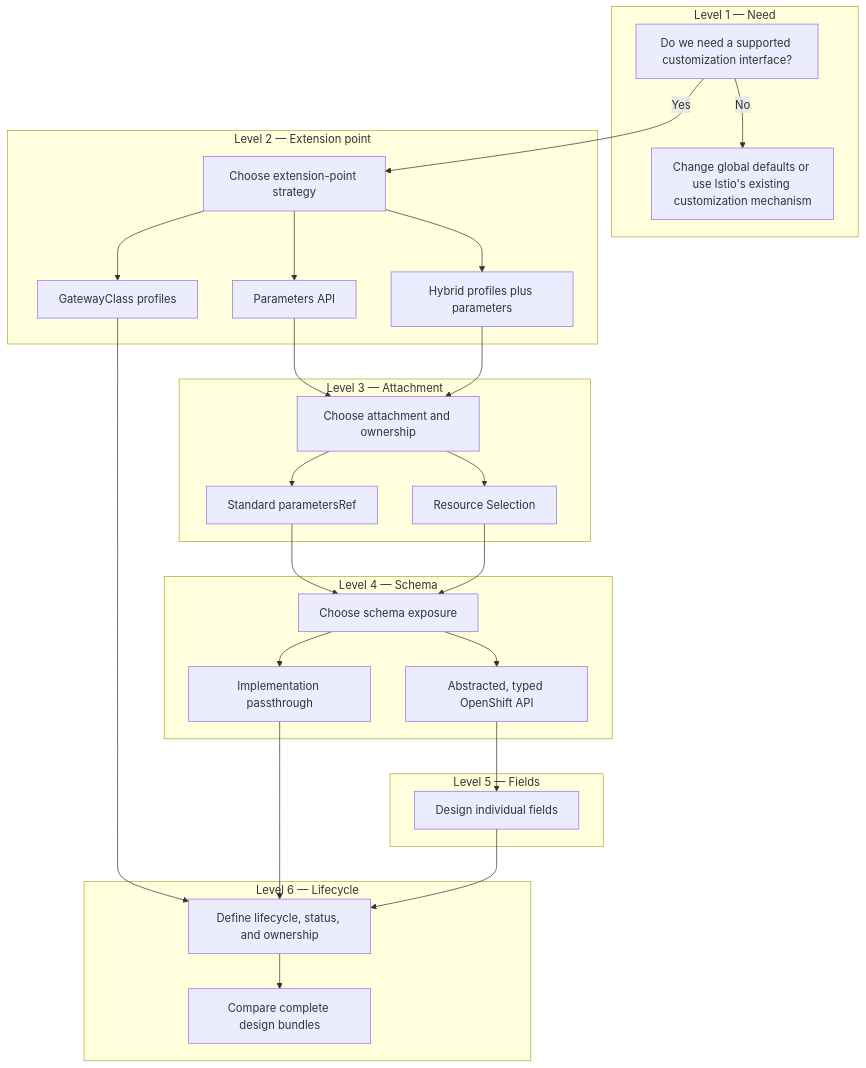
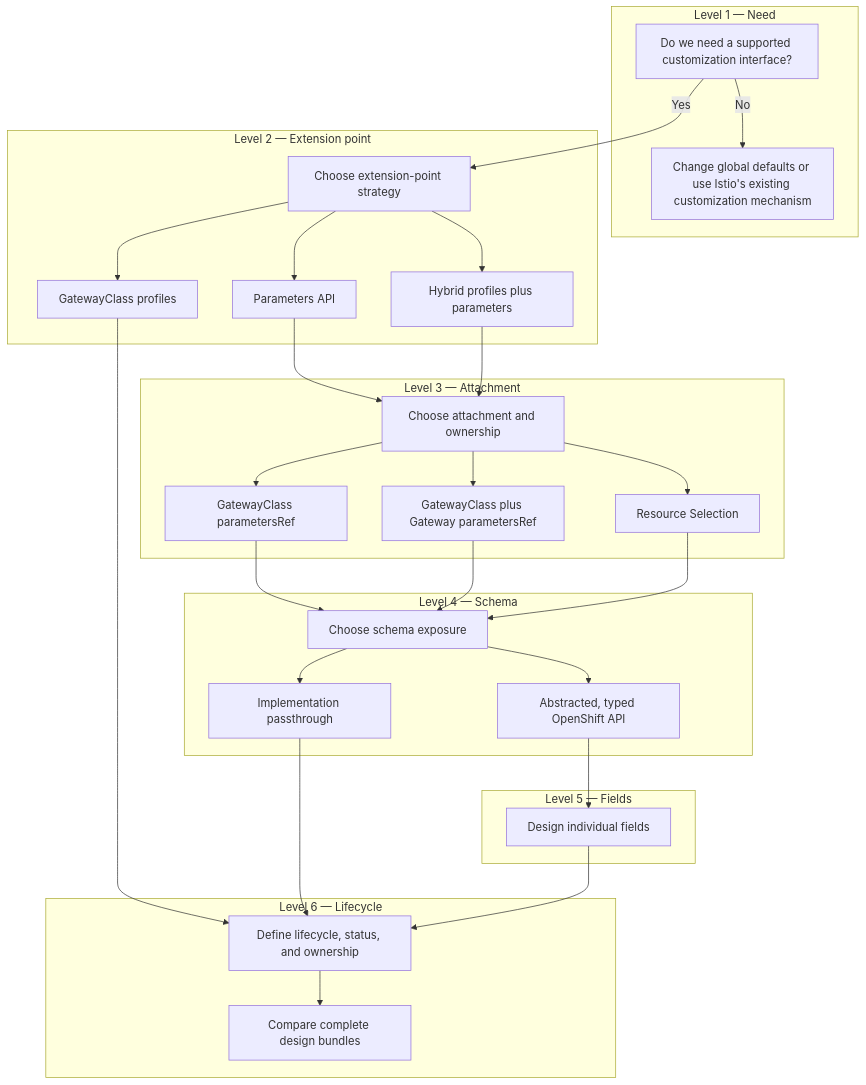
One commit to gcs278/cluster-ingress-operator changed the diagram in docs/gateway-customization/decision-framework.md. Above: the diagram before and after it, drawn with Mermaid. The commit also changed other lines of this file, not shown here.

Commit message:
Split GatewayClass and Gateway parameter attachments

````diff
--- a/docs/gateway-customization/decision-framework.md
+++ b/docs/gateway-customization/decision-framework.md
@@ -5,54 +5,57 @@
 ```mermaid
 flowchart TD
     subgraph L1["Level 1 — Need"]
         A[Do we need a supported customization interface?]
         B[Change global defaults or use Istio's existing customization mechanism]
         A -->|No| B
     end
 
     subgraph L2["Level 2 — Extension point"]
         C[Choose extension-point strategy]
         D[Parameters API]
         E[GatewayClass profiles]
         F[Hybrid profiles plus parameters]
         C --> D
         C --> E
         C --> F
     end
 
     subgraph L3["Level 3 — Attachment"]
         G[Choose attachment and ownership]
-        H[Standard parametersRef]
+        H[GatewayClass parametersRef]
+        T[GatewayClass plus Gateway parametersRef]
         R[Resource Selection]
         G --> H
+        G --> T
         G --> R
     end
 
     subgraph L4["Level 4 — Schema"]
         I[Choose schema exposure]
         J[Abstracted, typed OpenShift API]
         K[Implementation passthrough]
         I --> J
         I --> K
     end
 
     subgraph L5["Level 5 — Fields"]
         M[Design individual fields]
     end
 
     subgraph L6["Level 6 — Lifecycle"]
         N[Define lifecycle, status, and ownership]
         O[Compare complete design bundles]
         N --> O
     end
 
     A -->|Yes| C
     D --> G
     F --> G
     E --> N
     H --> I
+    T --> I
     R --> I
     J --> M
     K --> N
     M --> N
 ```
````
